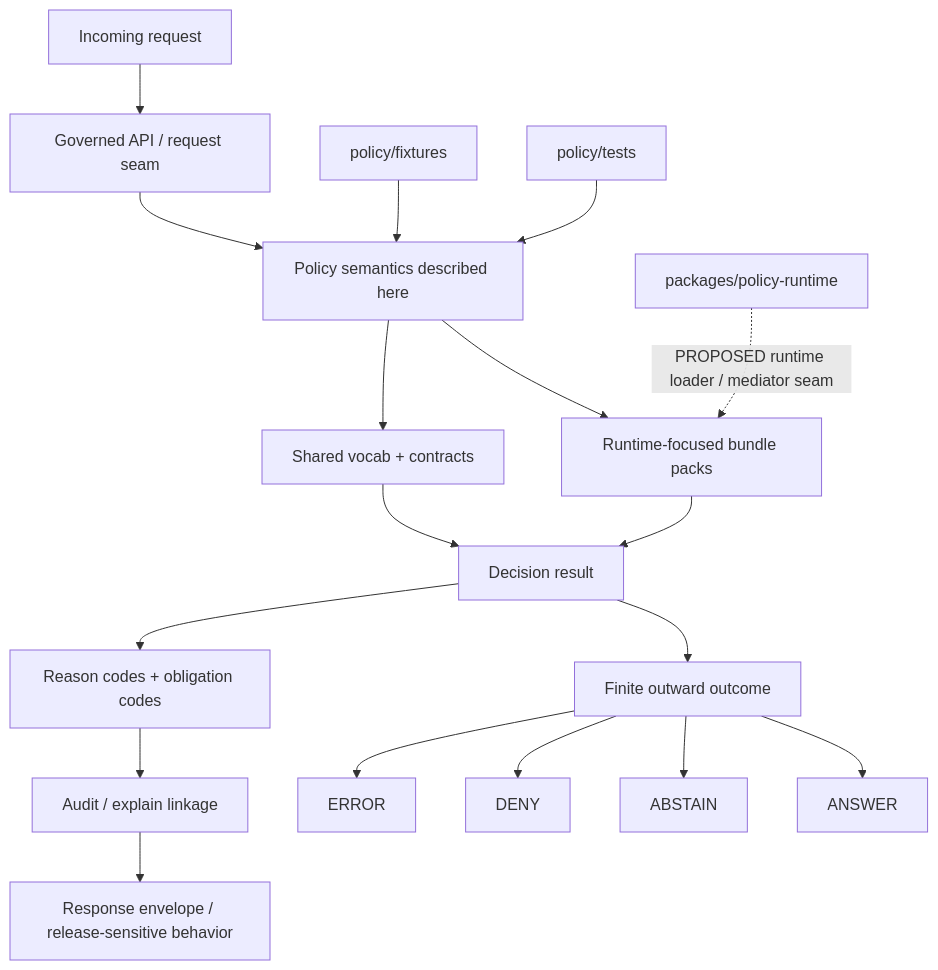
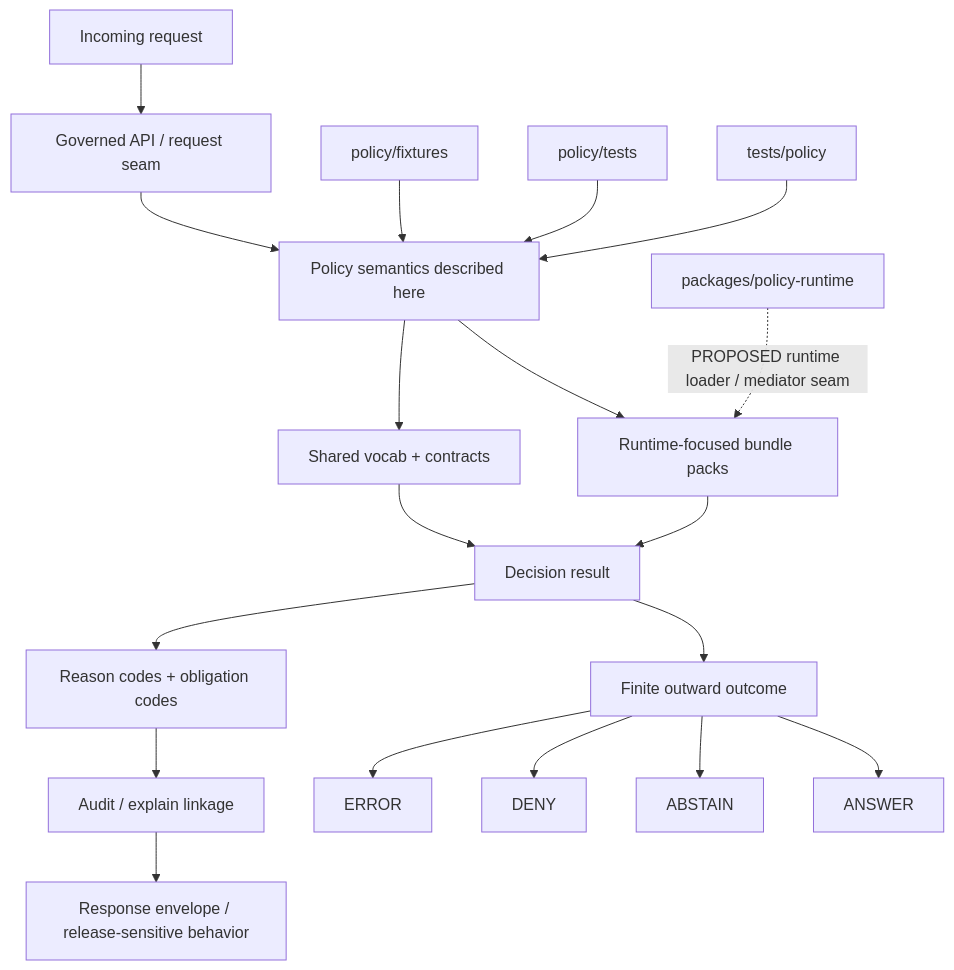
The diagram in policy/policy-runtime/README.md (bartytime4life/Kansas-Frontier-Matrix), drawn with Mermaid before and after one commit. The commit also changed other lines of this file, not shown here.

First line of the commit message:
Revise README.md for policy-runtime documentation

````diff
--- a/policy/policy-runtime/README.md
+++ b/policy/policy-runtime/README.md
@@ -282,23 +330,24 @@
 ```mermaid
 flowchart TD
     A[Incoming request] --> B[Governed API / request seam]
     B --> C[Policy semantics described here]
     C --> D[Runtime-focused bundle packs]
     C --> E[Shared vocab + contracts]
     D --> F[Decision result]
     E --> F
     F --> G[Finite outward outcome]
     G --> H[ANSWER]
     G --> I[ABSTAIN]
     G --> J[DENY]
     G --> K[ERROR]
 
     F --> L[Reason codes + obligation codes]
     L --> M[Audit / explain linkage]
     M --> N[Response envelope / release-sensitive behavior]
 
     O[policy/fixtures] --> C
     P[policy/tests] --> C
-    Q[packages/policy-runtime]
-    Q -. PROPOSED runtime loader / mediator seam .-> D
+    Q[tests/policy] --> C
+    R[packages/policy-runtime]
+    R -. PROPOSED runtime loader / mediator seam .-> D
 ```
````
